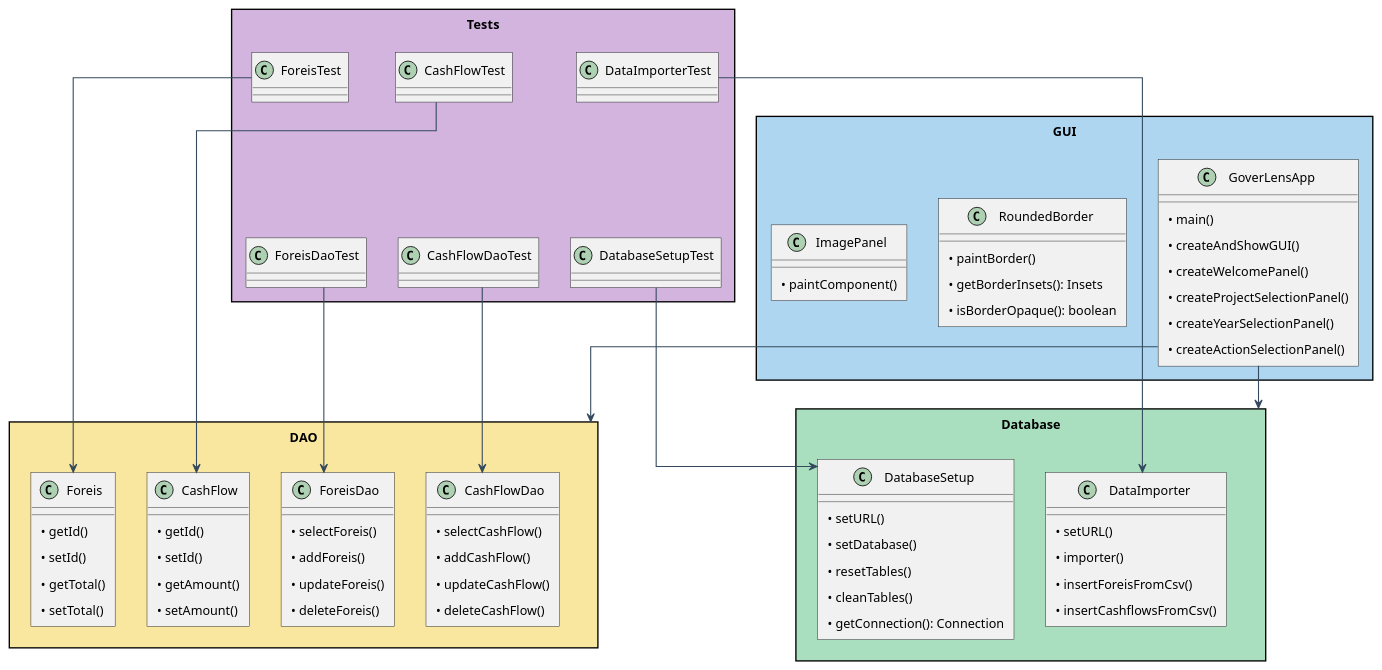
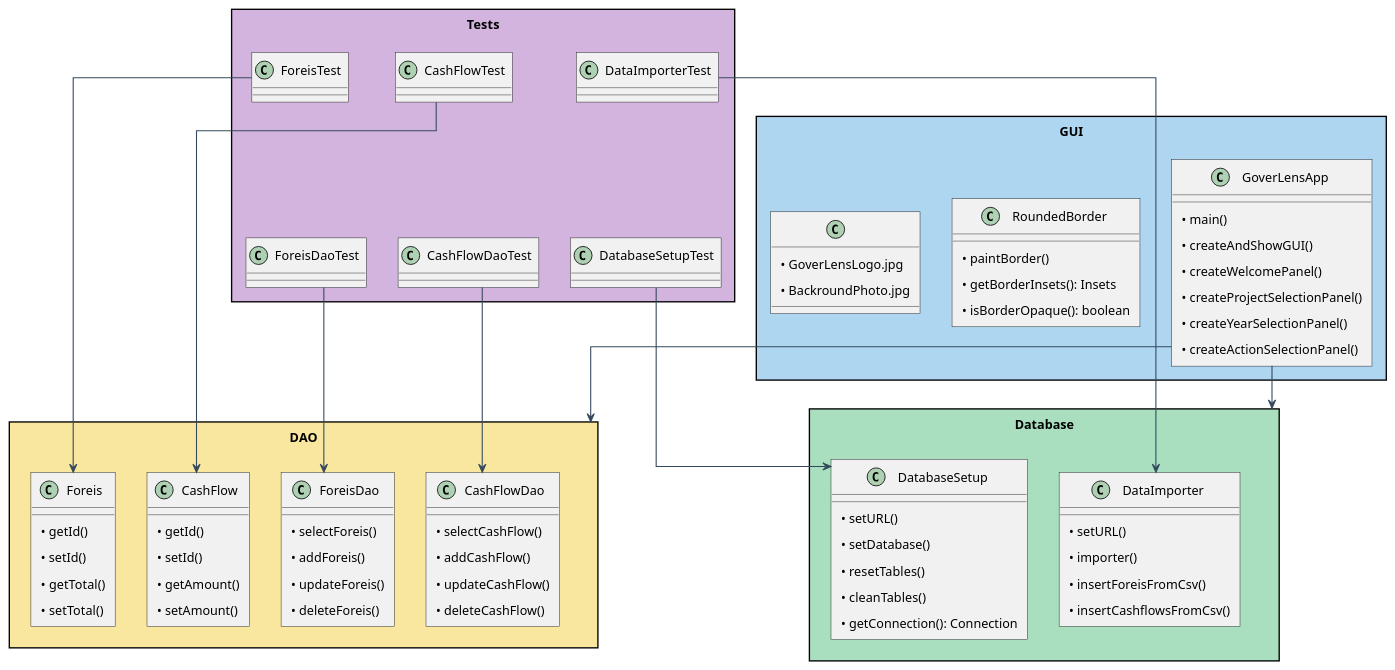
The diagram in project_diagram.puml (FilothodorosChristos/404_NOT_FOUND), drawn with PlantUML before and after one commit. The commit also changed 1 other file, not shown here.

```diff
--- a/project_diagram.puml
+++ b/project_diagram.puml
@@ -1,112 +1,113 @@
 @startuml
 skinparam packageStyle rectangle
 skinparam roundcorner 0
 skinparam shadowing false
 skinparam ArrowColor #34495E
 skinparam ArrowThickness 1.2
 skinparam classFontSize 16
 skinparam defaultFontSize 14
 skinparam padding 5
 skinparam packagePadding 10
 skinparam packageMargin 10
 skinparam classAttributeIconSize 0
 skinparam tightVSpacing true
 skinparam linetype ortho
 
 ' ===== GUI =====
 package "GUI" #AED6F1 {
     class GoverLensApp {
         • main()
         • createAndShowGUI()
         • createWelcomePanel()
         • createProjectSelectionPanel()
         • createYearSelectionPanel()
         • createActionSelectionPanel()
     }
 
     class RoundedBorder {
         • paintBorder()
         • getBorderInsets(): Insets
         • isBorderOpaque(): boolean
     }
 
-    class ImagePanel {
-        • paintComponent()
+    class ImagePanelHelper as " " {
+        • GoverLensLogo.jpg
+        • BackroundPhoto.jpg
     }
 }
 
 ' ===== DAO =====
 package "DAO" #F9E79F {
     class CashFlow {
         • getId()
         • setId()
         • getAmount()
         • setAmount()
     }
 
     class CashFlowDao {
         • selectCashFlow()
         • addCashFlow()
         • updateCashFlow()
         • deleteCashFlow()
     }
 
     class Foreis {
         • getId()
         • setId()
         • getTotal()
         • setTotal()
     }
 
     class ForeisDao {
         • selectForeis()
         • addForeis()
         • updateForeis()
         • deleteForeis()
     }
 }
 
 ' ===== Database =====
 package "Database" #A9DFBF {
     class DatabaseSetup {
         • setURL()
         • setDatabase()
         • resetTables()
         • cleanTables()
         • getConnection(): Connection
     }
 
     class DataImporter {
         • setURL()
         • importer()
         • insertForeisFromCsv()
         • insertCashflowsFromCsv()
     }
 }
 
 ' ===== TESTS =====
 package "Tests" #D2B4DE {
     class CashFlowTest
     class CashFlowDaoTest
     class ForeisTest
     class ForeisDaoTest
     class DataImporterTest
     class DatabaseSetupTest
 }
 
 ' ===== ΟΜΑΔΟΠΟΙΗΣΗ ΓΙΑ COMPACT =====
 CashFlowTest -[hidden]-> CashFlowDaoTest
 ForeisTest -[hidden]-> ForeisDaoTest
 DataImporterTest -[hidden]-> DatabaseSetupTest
 
 ' ===== ΣΥΝΔΕΣΕΙΣ =====
 GoverLensApp --> DAO
 GoverLensApp --> Database
 
 CashFlowTest --> CashFlow
 CashFlowDaoTest --> CashFlowDao
 ForeisTest --> Foreis
 ForeisDaoTest --> ForeisDao
 DataImporterTest --> DataImporter
 DatabaseSetupTest --> DatabaseSetup
 @enduml
```
